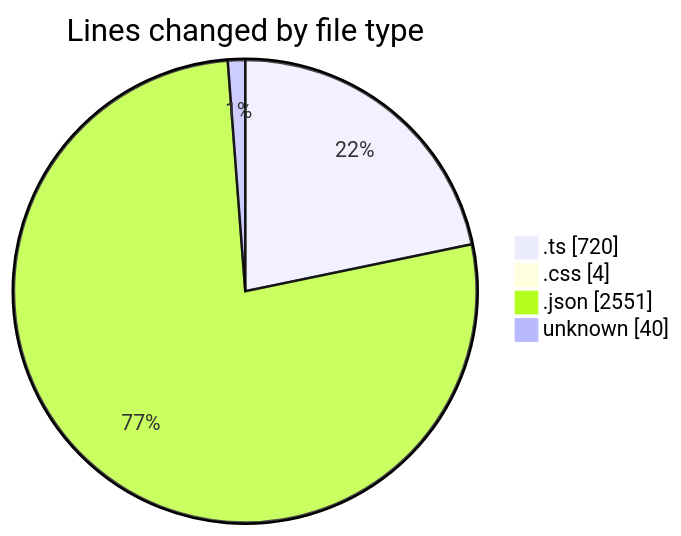
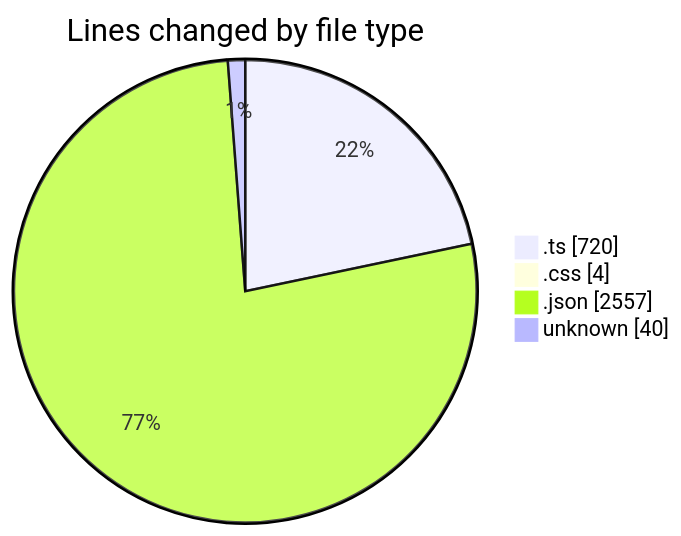
The first of 2 diagrams in 2025-07-13/tampermonkey/README.md (EIIisD/code-tracking), drawn with Mermaid before and after one commit. The commit also changed other lines of this file and 1 other file, not shown here.

````diff
--- a/2025-07-13/tampermonkey/README.md
+++ b/2025-07-13/tampermonkey/README.md
@@ -33,8 +33,8 @@
 ```mermaid
 pie showData
 title Lines changed by file type
 ".ts" : 720
 ".css" : 4
-".json" : 2551
+".json" : 2557
 "unknown" : 40
 ```
````
